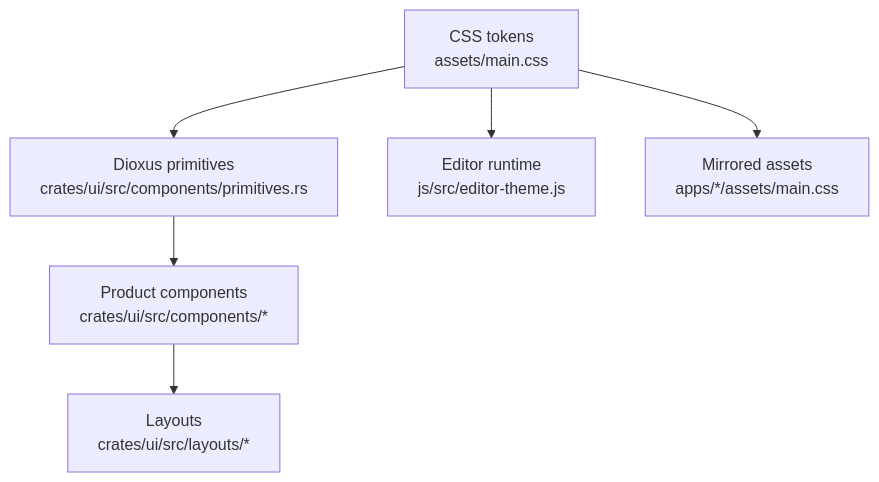
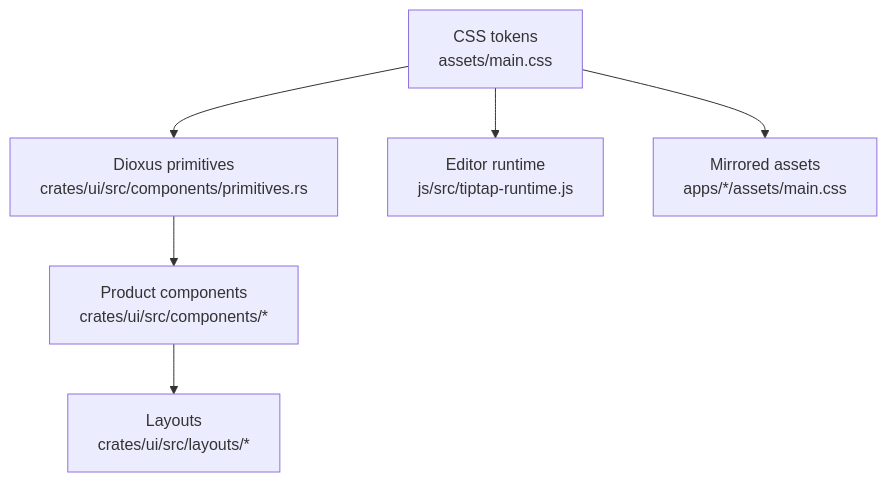
Before and after one commit to Youzi2233/papyro: the diagram in docs/ui-architecture.md, drawn with Mermaid. The commit also changed other lines of this file and 19 other files, not shown here.

Commit message:
docs(editor): update tiptap runtime guidance

````diff
--- a/docs/ui-architecture.md
+++ b/docs/ui-architecture.md
@@ -9,15 +9,15 @@
 ```mermaid
 flowchart TD
     tokens["CSS tokens<br/>assets/main.css"]
     primitives["Dioxus primitives<br/>crates/ui/src/components/primitives.rs"]
     product["Product components<br/>crates/ui/src/components/*"]
     layouts["Layouts<br/>crates/ui/src/layouts/*"]
-    editorjs["Editor runtime<br/>js/src/editor-theme.js"]
+    editorjs["Editor runtime<br/>js/src/tiptap-runtime.js"]
     appassets["Mirrored assets<br/>apps/*/assets/main.css"]
 
     tokens --> primitives
     primitives --> product
     product --> layouts
     tokens --> editorjs
     tokens --> appassets
 ```
````
